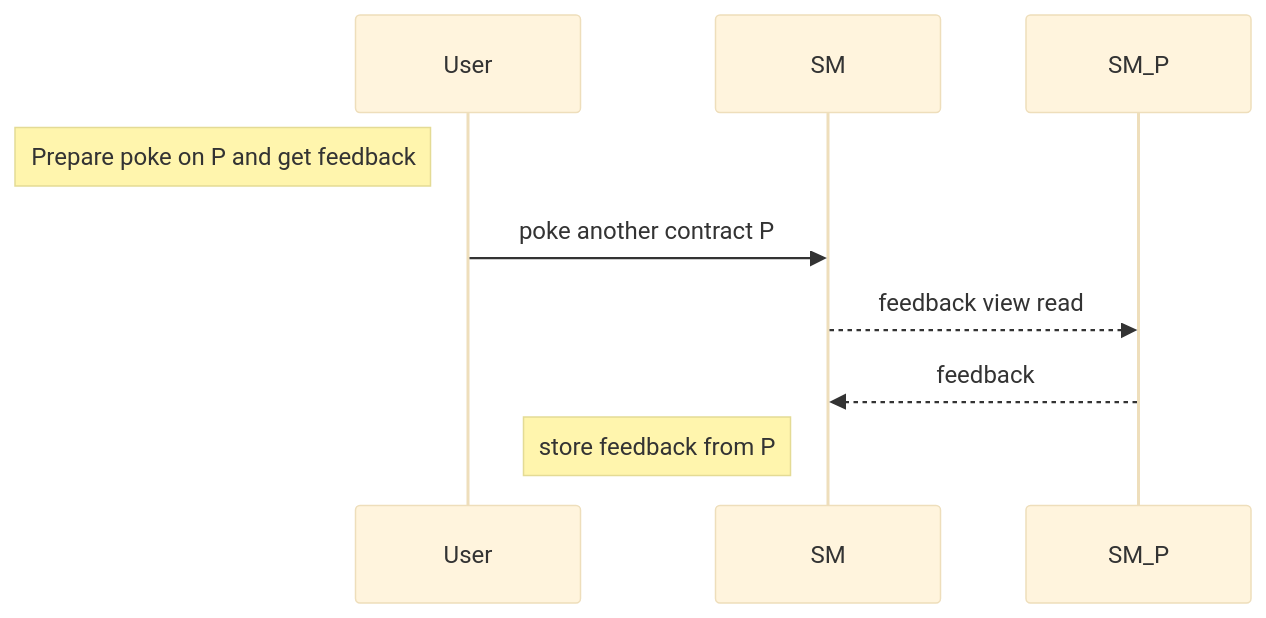
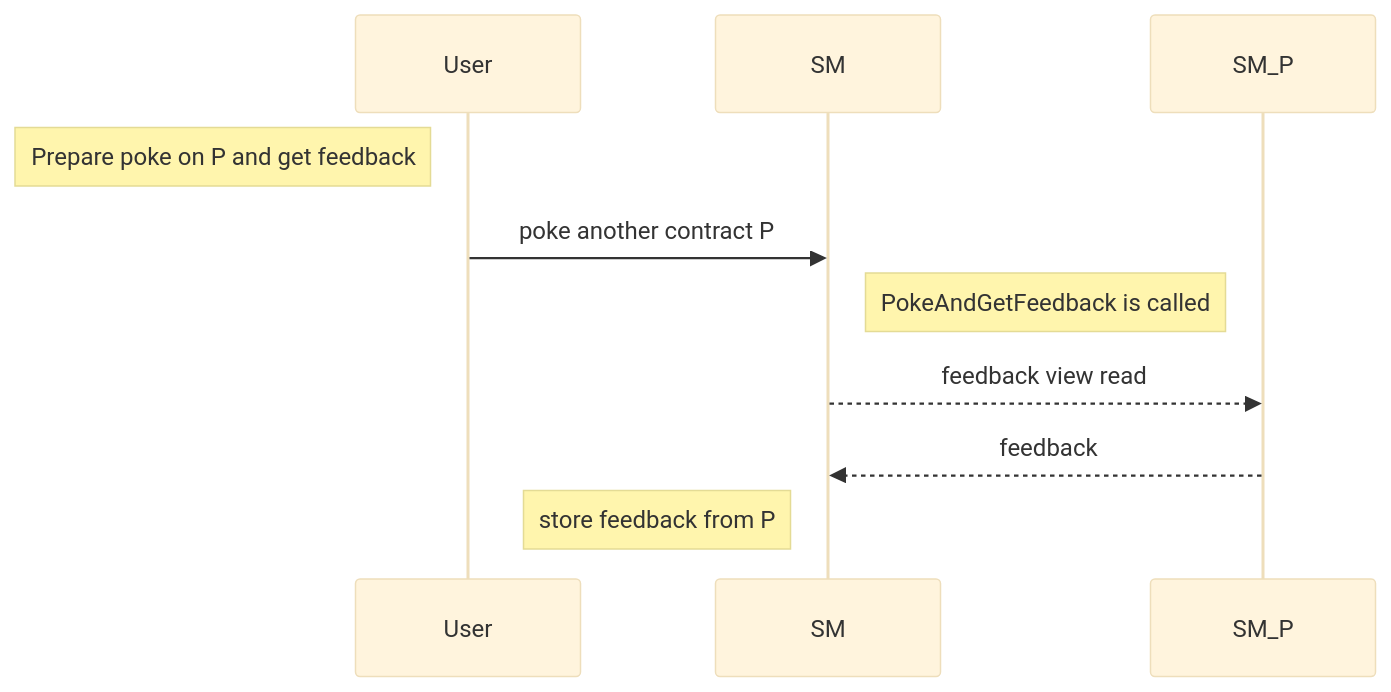
Before and after one commit to marigold-dev/training-dapp-2: the fourth of 4 diagrams in README.md, drawn with Mermaid (base theme). The commit also changed other lines of this file, not shown here.

````diff
--- a/README.md
+++ b/README.md
@@ -468,8 +489,9 @@
 ```mermaid
 sequenceDiagram
   Note left of User: Prepare poke on P and get feedback
   User->>SM: poke another contract P
+  Note right of SM: PokeAndGetFeedback is called
   SM-->>SM_P : feedback view read
   SM_P-->>SM : feedback
   Note left of SM: store feedback from P
 ```
````
